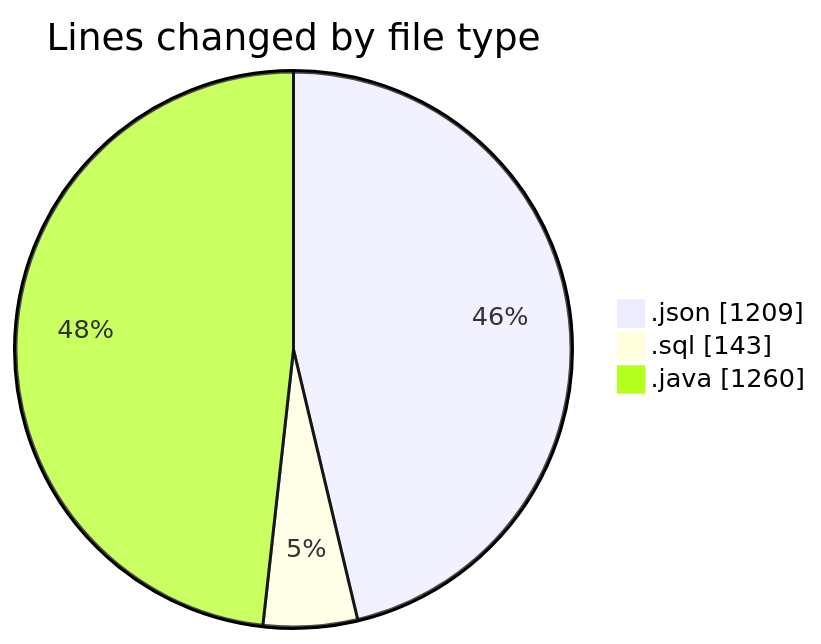
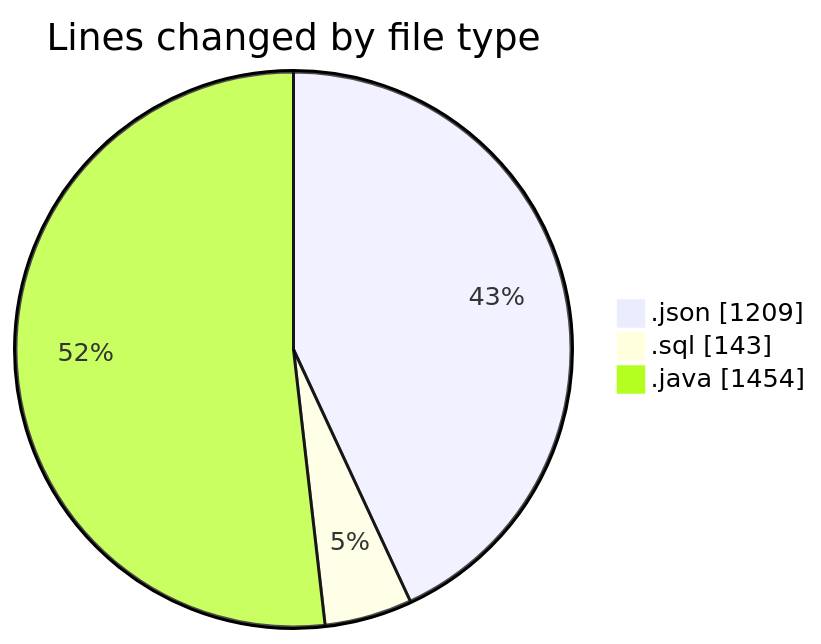
Before and after one commit to ricardozamudiocil/code-tracking: the first of 2 diagrams in 2026-06-16/cilapp/README.md, drawn with Mermaid. The commit also changed other lines of this file and 1 other file, not shown here.

````diff
--- a/2026-06-16/cilapp/README.md
+++ b/2026-06-16/cilapp/README.md
@@ -25,7 +25,7 @@
 ```mermaid
 pie showData
 title Lines changed by file type
 ".json" : 1209
 ".sql" : 143
-".java" : 1260
+".java" : 1454
 ```
````
